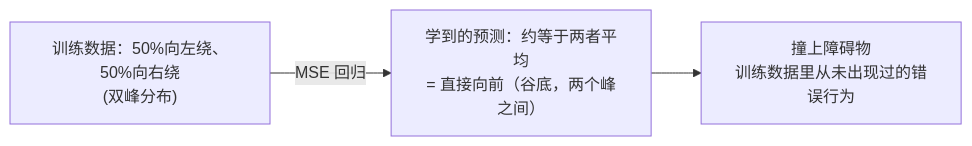
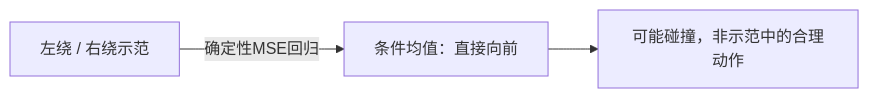
One commit to AI-learning-simple/Build-Your-Own-LLM changed the first of 3 diagrams in 4. 具身智能/6. 现代模仿学习策略——Action Chunking、ACT 与 Diffusion Policy.md. Above: the diagram before and after it, drawn with Mermaid. The commit also changed other lines of this file and 88 other files, not shown here.

````diff
--- a/4. 具身智能/6. 现代模仿学习策略——Action Chunking、ACT 与 Diffusion Policy.md
+++ b/4. 具身智能/6. 现代模仿学习策略——Action Chunking、ACT 与 Diffusion Policy.md
@@ -24,5 +23,5 @@
 ```mermaid
 flowchart LR
-    A["训练数据：50%向左绕、50%向右绕<br/>(双峰分布)"] -- "MSE 回归" --> B["学到的预测：约等于两者平均<br/>= 直接向前（谷底，两个峰之间）"]
-    B --> C["撞上障碍物<br/>训练数据里从未出现过的错误行为"]
+    A["左绕 / 右绕示范"] -- "确定性MSE回归" --> B["条件均值：直接向前"]
+    B --> C["可能碰撞，非示范中的合理动作"]
 ```
````
